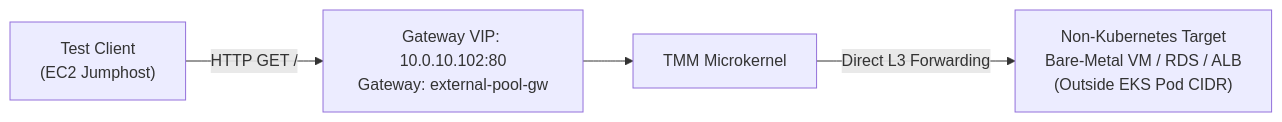
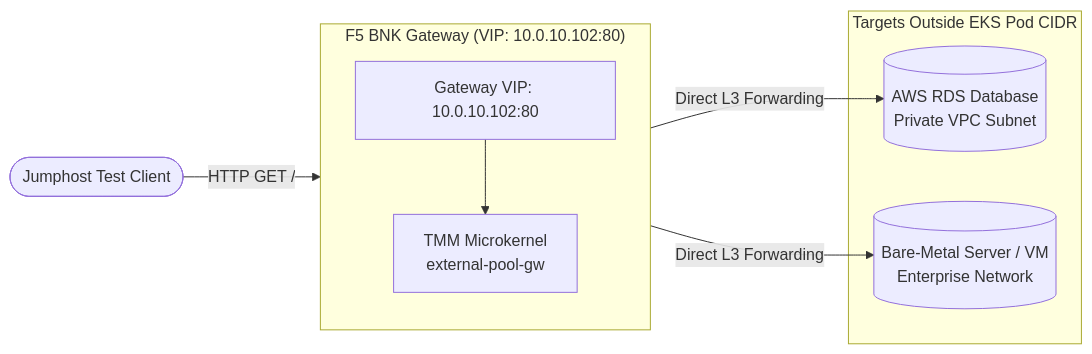
The seventh of 20 diagrams in docs/SCENARIOS.md (JLCode-tech/awsbnkctl), drawn with Mermaid before and after one commit. The commit also changed other lines of this file and 2 other files, not shown here.

Commit message:
docs: modernize diagrams and remove sales jargon

````diff
--- a/docs/SCENARIOS.md
+++ b/docs/SCENARIOS.md
@@ -171,11 +210,20 @@
 ```mermaid
 flowchart LR
-    Client["Test Client<br/>(EC2 Jumphost)"]
-    VIP["Gateway VIP: 10.0.10.102:80<br/>Gateway: external-pool-gw"]
-    TMM["TMM Microkernel"]
-    ExtTarget["Non-Kubernetes Target<br/>Bare-Metal VM / RDS / ALB<br/>(Outside EKS Pod CIDR)"]
+    Client([Jumphost Test Client])
+
+    subgraph BNKGateway["F5 BNK Gateway (VIP: 10.0.10.102:80)"]
+        direction TB
+        VIP["Gateway VIP: 10.0.10.102:80"]
+        TMM["TMM Microkernel<br/>external-pool-gw"]
+        VIP --> TMM
+    end
+
+    subgraph ExtTargets["Targets Outside EKS Pod CIDR"]
+        RDS[("AWS RDS Database<br/>Private VPC Subnet")]
+        BareMetal[("Bare-Metal Server / VM<br/>Enterprise Network")]
+    end
 
     Client -->|HTTP GET /| VIP
-    VIP --> TMM
-    TMM -->|Direct L3 Forwarding| ExtTarget
+    TMM -->|Direct L3 Forwarding| RDS
+    TMM -->|Direct L3 Forwarding| BareMetal
 ```
````
